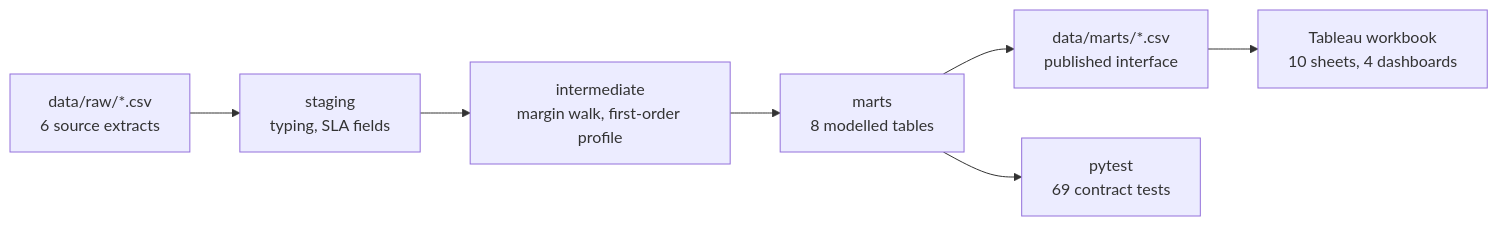
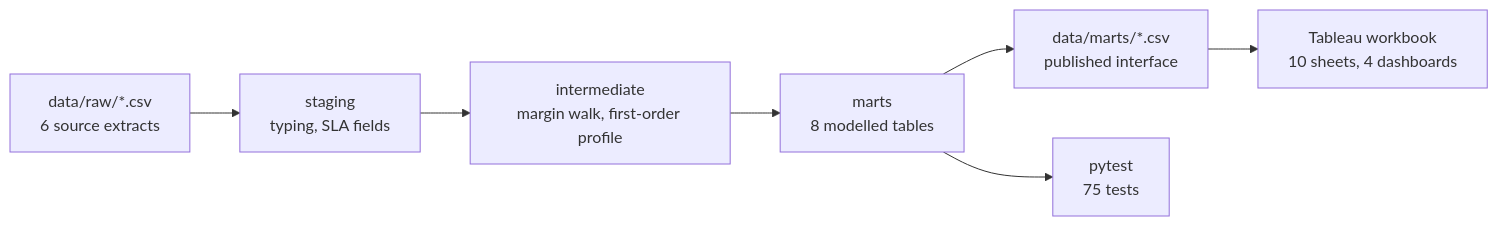
One commit to yougijain/refactored-engine changed the diagram in README.md. Above: the diagram before and after it, drawn with Mermaid. The commit also changed other lines of this file and 1 other file, not shown here.

Commit message:
docs: note the Tableau 2026.1 requirement and schema validation

````diff
--- a/README.md
+++ b/README.md
@@ -56,9 +56,9 @@
 ```mermaid
 flowchart LR
   R["data/raw/*.csv<br/>6 source extracts"] --> S["staging<br/>typing, SLA fields"]
   S --> I["intermediate<br/>margin walk, first-order profile"]
   I --> M["marts<br/>8 modelled tables"]
   M --> C["data/marts/*.csv<br/>published interface"]
   C --> T["Tableau workbook<br/>10 sheets, 4 dashboards"]
-  M --> Q["pytest<br/>69 contract tests"]
+  M --> Q["pytest<br/>75 tests"]
 ```
````
